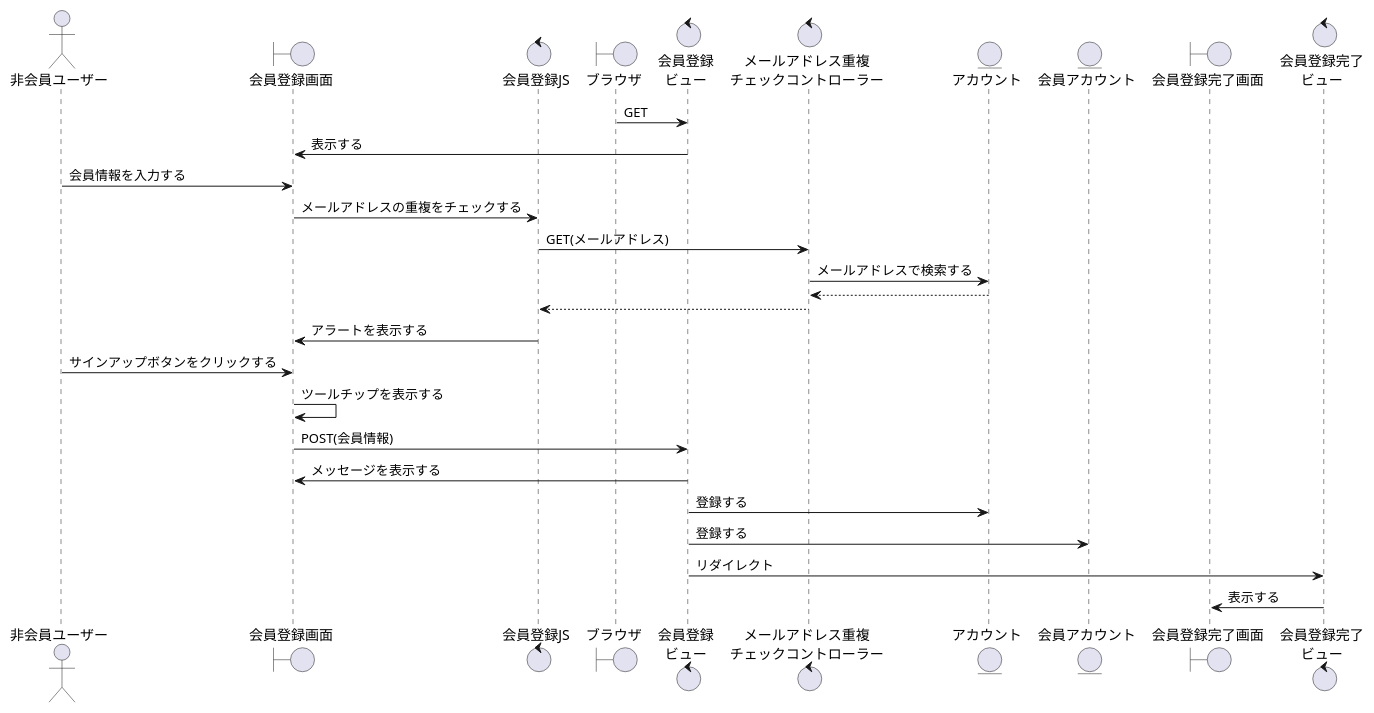
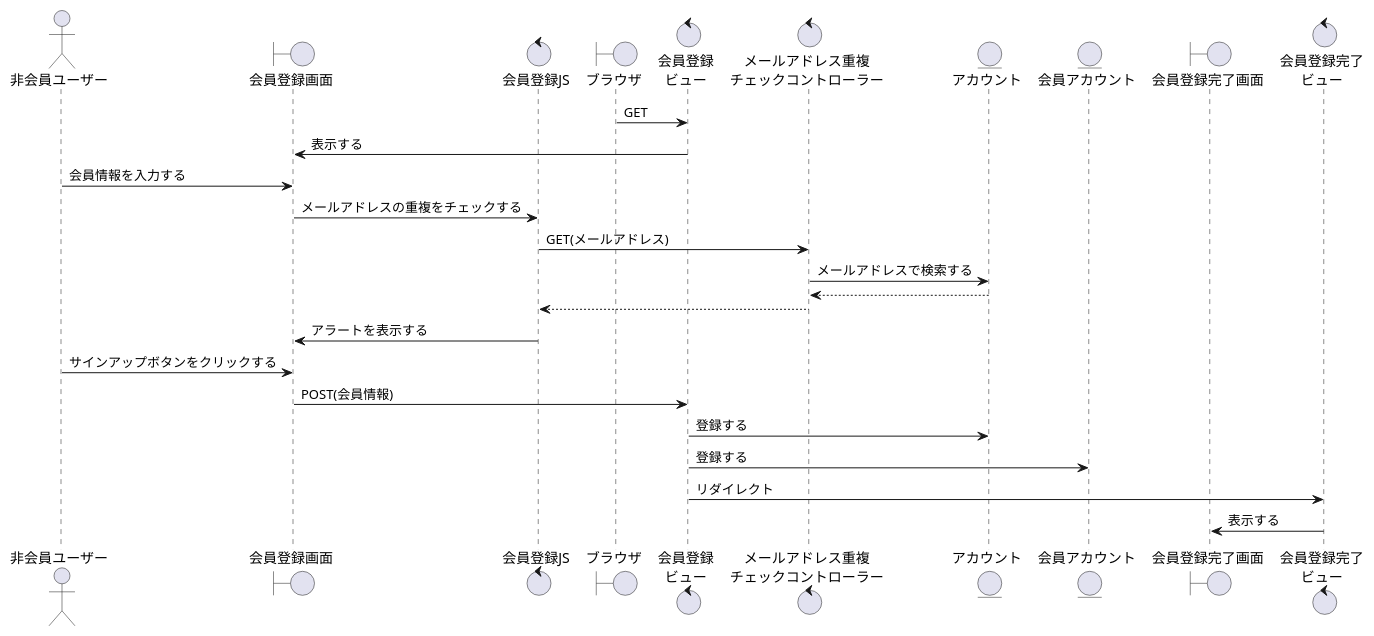
The diagram in 卒業研究/会員登録.wsd (ysyk-wtnb16/team_D), drawn with PlantUML before and after one commit. The commit also changed 7 other files, not shown here.

```diff
--- a/卒業研究/会員登録.wsd
+++ b/卒業研究/会員登録.wsd
@@ -1,30 +1,28 @@
 @startuml signup
 actor "非会員ユーザー" as act
 boundary "会員登録画面" as ktb
 control "会員登録JS" as ktj
 boundary "ブラウザ" as brz
 control "会員登録\nビュー" as ktc
 control "メールアドレス重複\nチェックコントローラー" as mcc
 entity "アカウント" as account
 entity "会員アカウント" as kaccount
 boundary "会員登録完了画面" as kkb
 control "会員登録完了\nビュー" as kkc
 
 brz -> ktc: GET
 ktb <- ktc: 表示する
 act -> ktb:会員情報を入力する
 ktb -> ktj: メールアドレスの重複をチェックする
 ktj -> mcc: GET(メールアドレス)
 mcc -> account: メールアドレスで検索する
 mcc <-- account
 ktj <-- mcc
 ktb <- ktj: アラートを表示する
 act -> ktb: サインアップボタンをクリックする
-ktb -> ktb: ツールチップを表示する
 ktb -> ktc: POST(会員情報)
-ktb <- ktc: メッセージを表示する
 ktc -> account: 登録する
 ktc -> kaccount: 登録する
 ktc -> kkc: リダイレクト
 kkb <- kkc: 表示する
 @enduml
```
